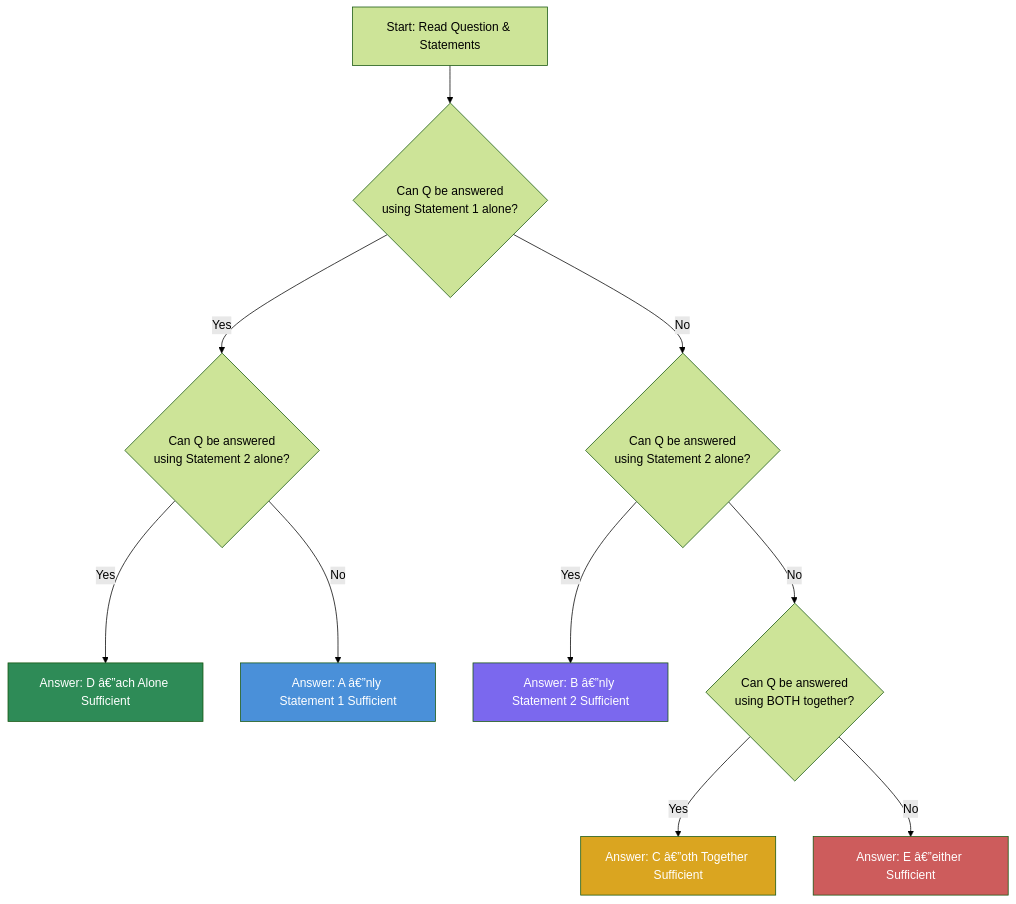
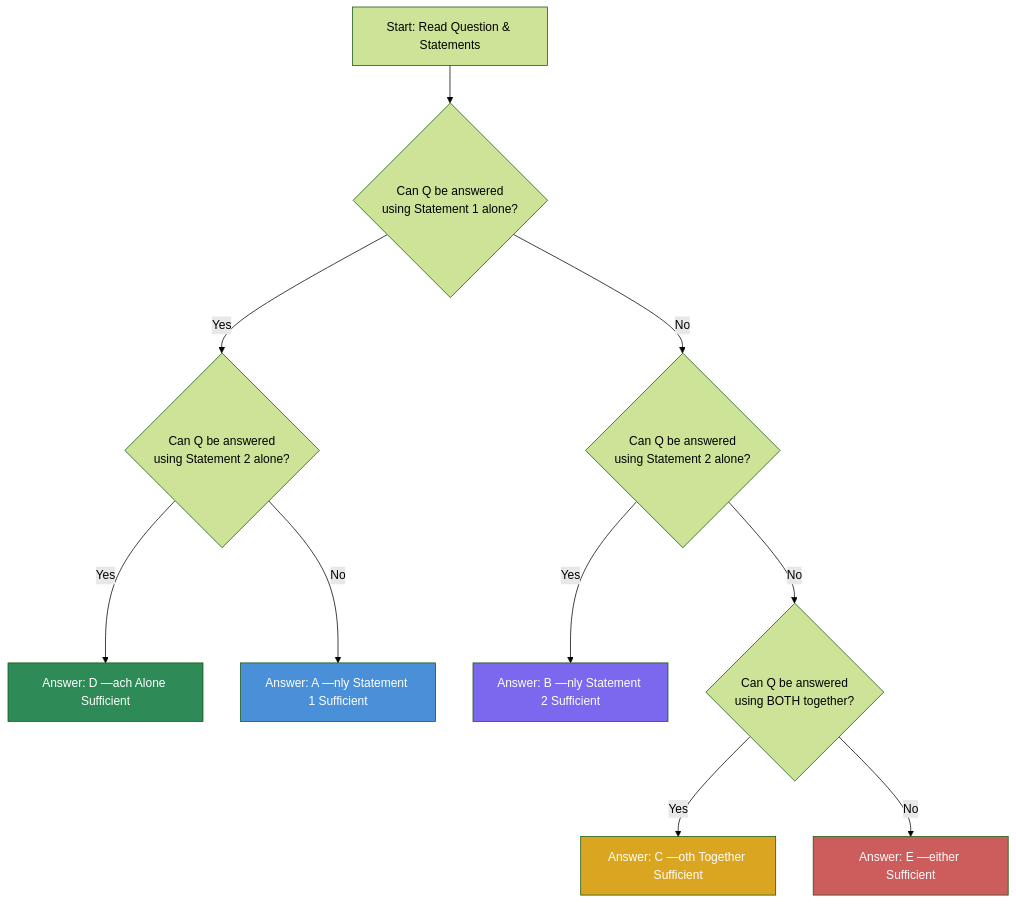
One commit to Raushan666java/ai-engineering-journey changed the diagram in site/docs/courses/data-analysis-interpretation/03-data-sufficiency.md. Above: the diagram before and after it, drawn with Mermaid (forest theme). The commit also changed other lines of this file and 495 other files, not shown here.

````diff
--- a/site/docs/courses/data-analysis-interpretation/03-data-sufficiency.md
+++ b/site/docs/courses/data-analysis-interpretation/03-data-sufficiency.md
@@ -59,21 +59,21 @@
 ```mermaid
 flowchart TD
     A[Start: Read Question & Statements] --> B{Can Q be answered<br/>using Statement 1 alone?}
     B -->|Yes| C{Can Q be answered<br/>using Statement 2 alone?}
     B -->|No| D{Can Q be answered<br/>using Statement 2 alone?}
     
-    C -->|Yes| E[Answer: D â€”ach Alone Sufficient]
-    C -->|No| F[Answer: A â€”nly Statement 1 Sufficient]
+    C -->|Yes| E[Answer: D —ach Alone Sufficient]
+    C -->|No| F[Answer: A —nly Statement 1 Sufficient]
     
-    D -->|Yes| G[Answer: B â€”nly Statement 2 Sufficient]
+    D -->|Yes| G[Answer: B —nly Statement 2 Sufficient]
     D -->|No| H{Can Q be answered<br/>using BOTH together?}
     
-    H -->|Yes| I[Answer: C â€”oth Together Sufficient]
-    H -->|No| J[Answer: E â€”either Sufficient]
+    H -->|Yes| I[Answer: C —oth Together Sufficient]
+    H -->|No| J[Answer: E —either Sufficient]
     
     style E fill:#2E8B57,color:#fff
     style F fill:#4A90D9,color:#fff
     style G fill:#7B68EE,color:#fff
     style I fill:#DAA520,color:#fff
     style J fill:#CD5C5C,color:#fff
 ```
````
